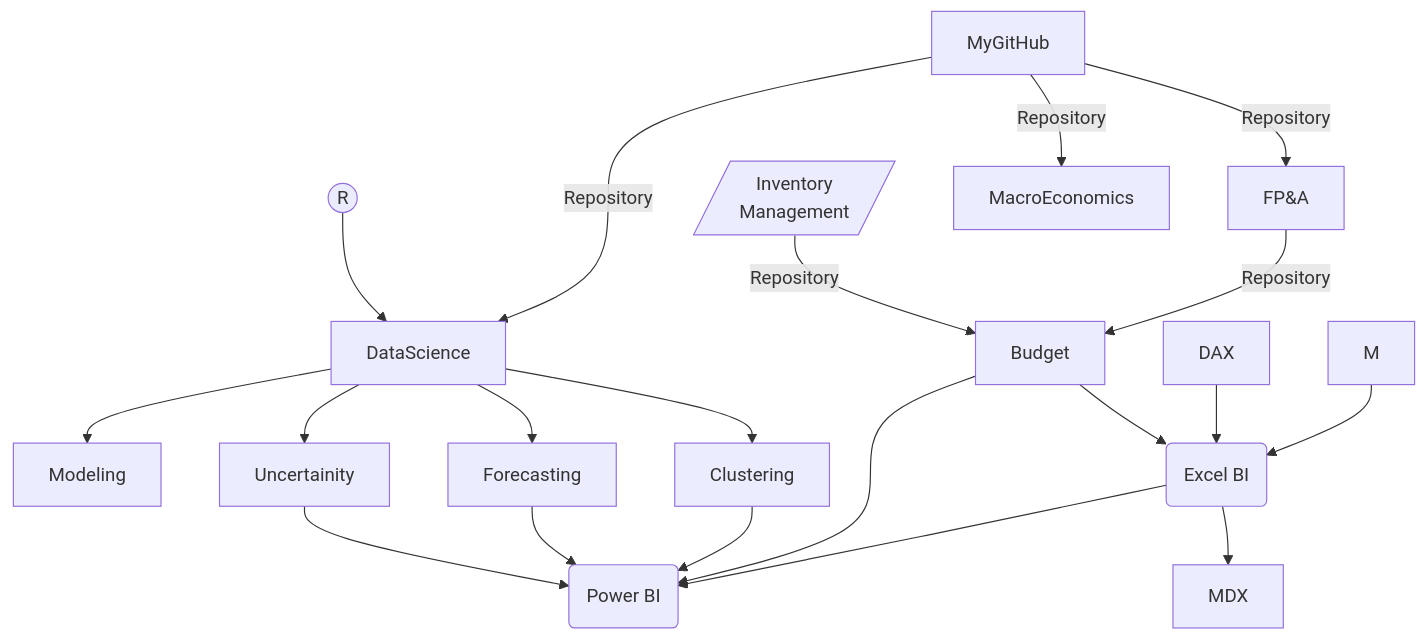
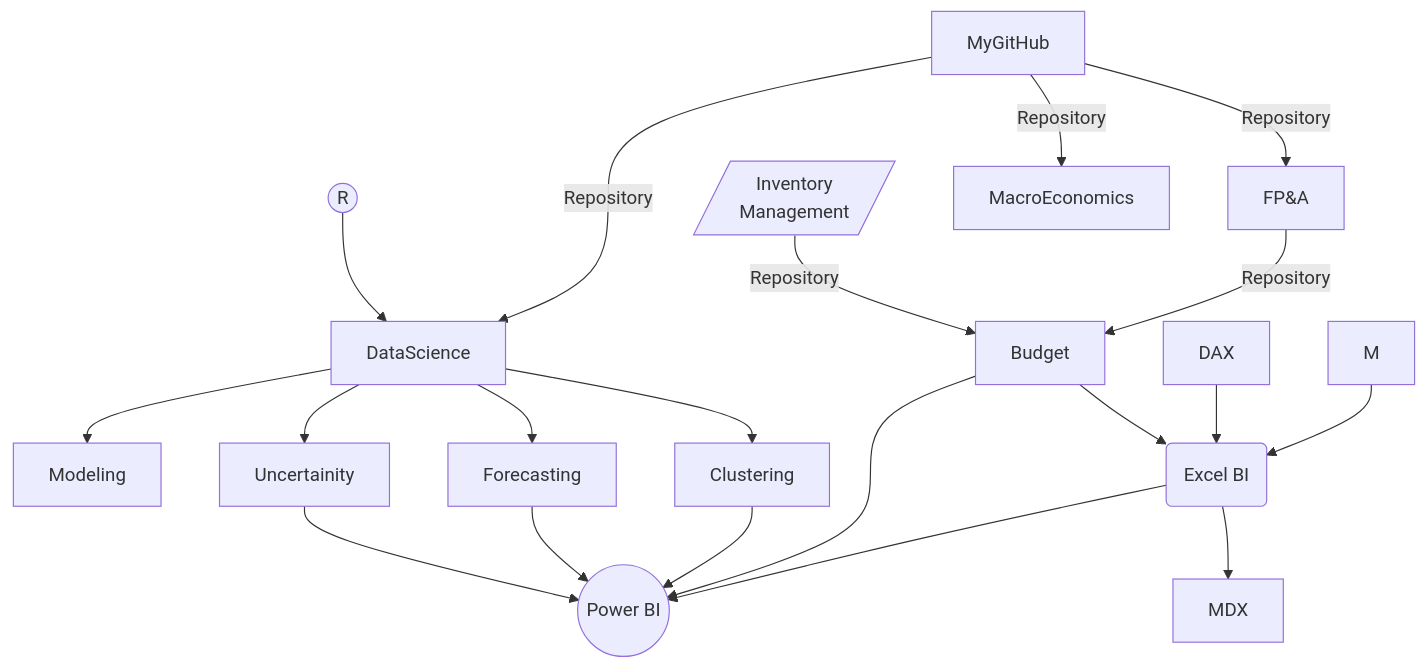
Before and after one commit to md3629/md3629: the diagram in README.md, drawn with Mermaid.

````diff
--- a/README.md
+++ b/README.md
@@ -9,22 +9,22 @@
 ```mermaid
 graph TD;
     MyGitHub-->|Repository|FP&A;
     Inv[/Inventory<br>Management/]-->|Repository|Budget;
     FP&A-->|Repository|Budget;
     R((R))-->DataScience;
     MyGitHub-->|Repository|DataScience;
     MyGitHub-->|Repository|MacroEconomics;
     DataScience-->Modeling;
     DataScience-->Forecasting;
     DataScience-->Clustering;
     DataScience-->Uncertainity;
-    Uncertainity-->P(Power BI);
-    Forecasting-->P(Power BI);
-    Clustering-->P(Power BI);
-    Budget-->P(Power BI);
+    Uncertainity-->P((Power BI));
+    Forecasting-->P((Power BI));
+    Clustering-->P((Power BI));
+    Budget-->P((Power BI));
     Budget-->E(Excel BI);
     DAX-->E(Excel BI);
     M-->E(Excel BI);
-    E(Excel BI)-->P(Power BI);
+    E(Excel BI)-->P((Power BI));
     E(Excel BI)-->MDX;
 ```
````
